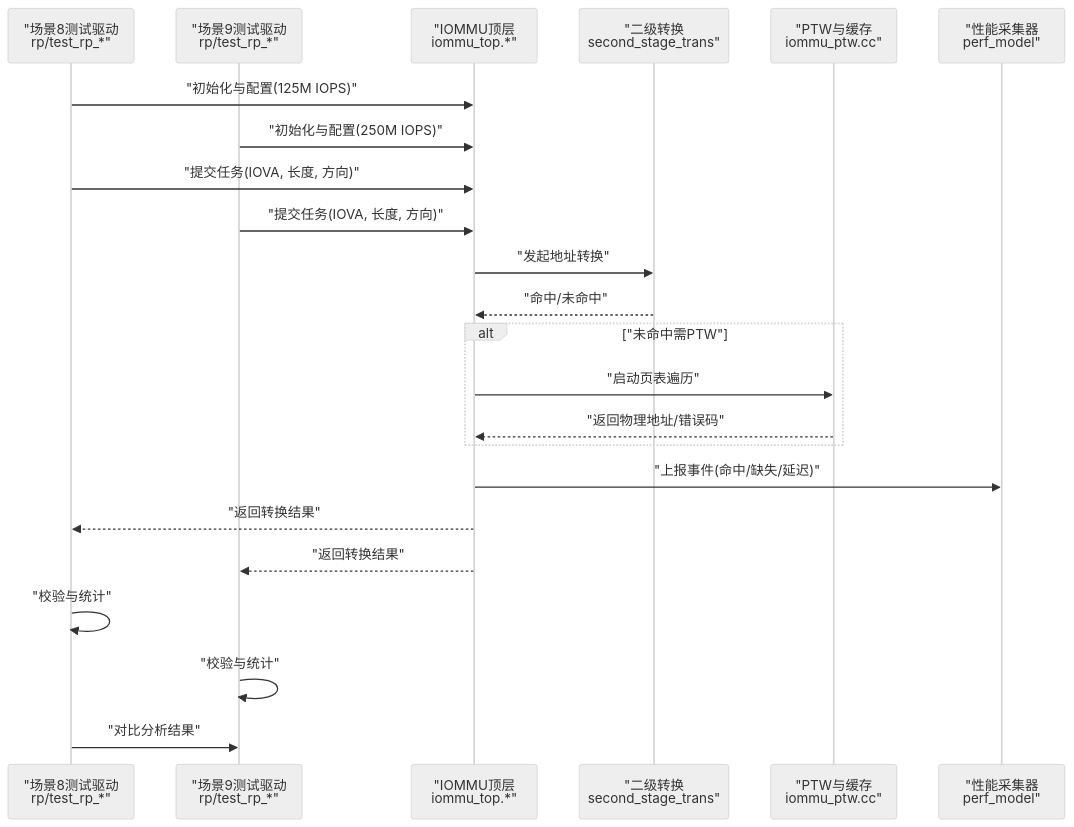
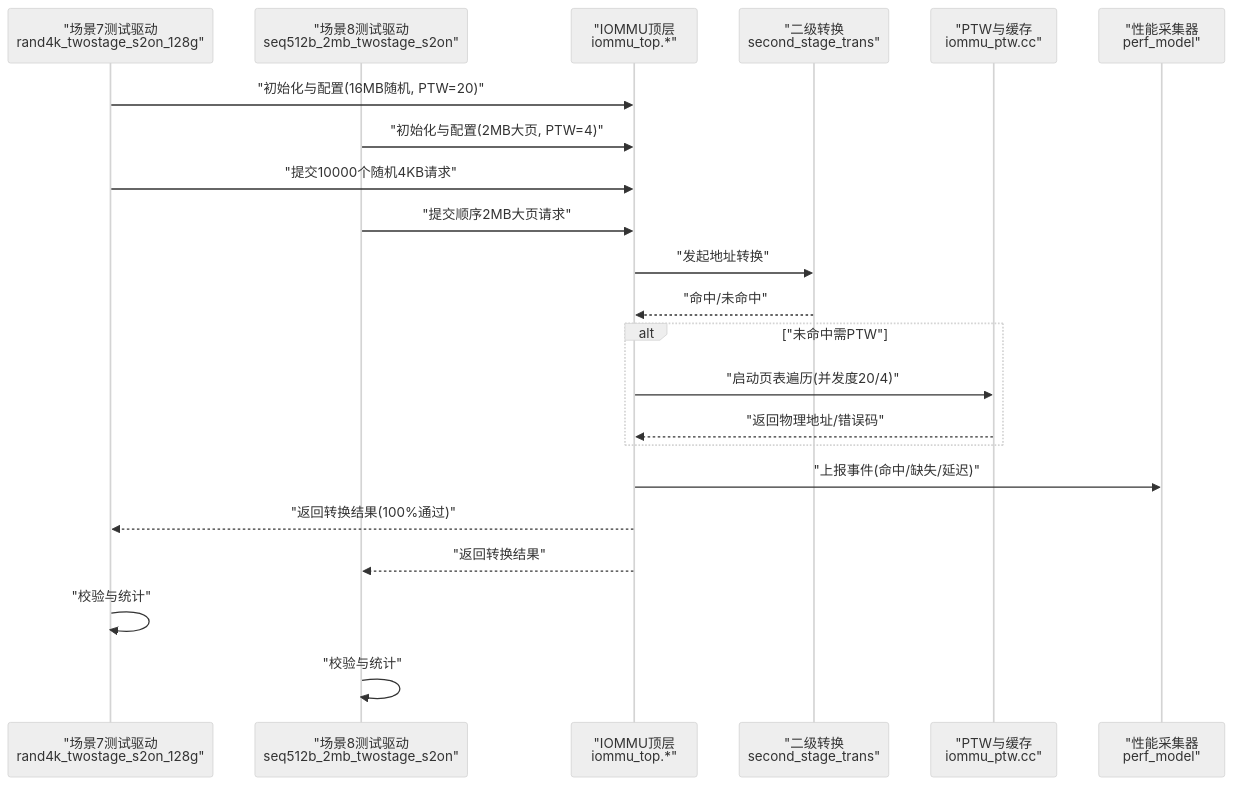
The second of 9 diagrams in .qoder/repowiki/zh/content/测试与验证/Scenario 8大页测试框架.md (jiangjiang1122/iommu_model_20260401_v1), drawn with Mermaid (neutral theme) before and after one commit. The commit also changed other lines of this file and 159 other files, not shown here.

Commit message:
chore: 更新知识库文档 + 新增PTW并发分析图表与数据文件

````diff
--- a/.qoder/repowiki/zh/content/测试与验证/Scenario 8大页测试框架.md
+++ b/.qoder/repowiki/zh/content/测试与验证/Scenario 8大页测试框架.md
@@ -111,25 +111,24 @@
 ```mermaid
 sequenceDiagram
-participant T8 as "场景8测试驱动<br/>rp/test_rp_*"
-participant T9 as "场景9测试驱动<br/>rp/test_rp_*"
+participant T7 as "场景7测试驱动<br/>rand4k_twostage_s2on_128g"
+participant T8 as "场景8测试驱动<br/>seq512b_2mb_twostage_s2on"
 participant Top as "IOMMU顶层<br/>iommu_top.*"
 participant ST as "二级转换<br/>second_stage_trans"
 participant PTW as "PTW与缓存<br/>iommu_ptw.cc"
 participant Perf as "性能采集器<br/>perf_model"
-T8->>Top : "初始化与配置(125M IOPS)"
-T9->>Top : "初始化与配置(250M IOPS)"
-T8->>Top : "提交任务(IOVA, 长度, 方向)"
-T9->>Top : "提交任务(IOVA, 长度, 方向)"
+T7->>Top : "初始化与配置(16MB随机, PTW=20)"
+T8->>Top : "初始化与配置(2MB大页, PTW=4)"
+T7->>Top : "提交10000个随机4KB请求"
+T8->>Top : "提交顺序2MB大页请求"
 Top->>ST : "发起地址转换"
 ST-->>Top : "命中/未命中"
 alt "未命中需PTW"
-Top->>PTW : "启动页表遍历"
+Top->>PTW : "启动页表遍历(并发度20/4)"
 PTW-->>Top : "返回物理地址/错误码"
 end
 Top->>Perf : "上报事件(命中/缺失/延迟)"
+Top-->>T7 : "返回转换结果(100%通过)"
 Top-->>T8 : "返回转换结果"
-Top-->>T9 : "返回转换结果"
+T7->>T7 : "校验与统计"
 T8->>T8 : "校验与统计"
-T9->>T9 : "校验与统计"
-T8->>T9 : "对比分析结果"
 ```
````
